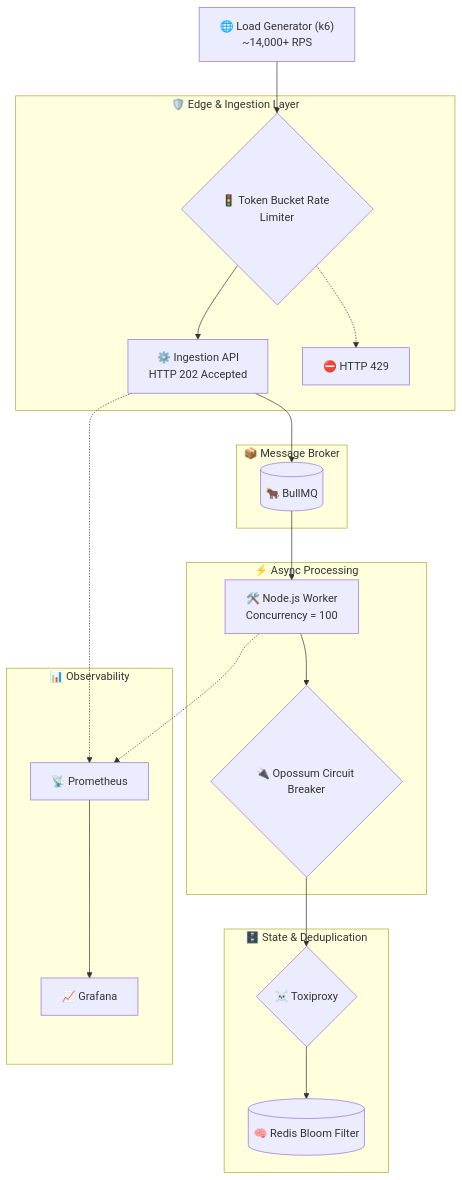
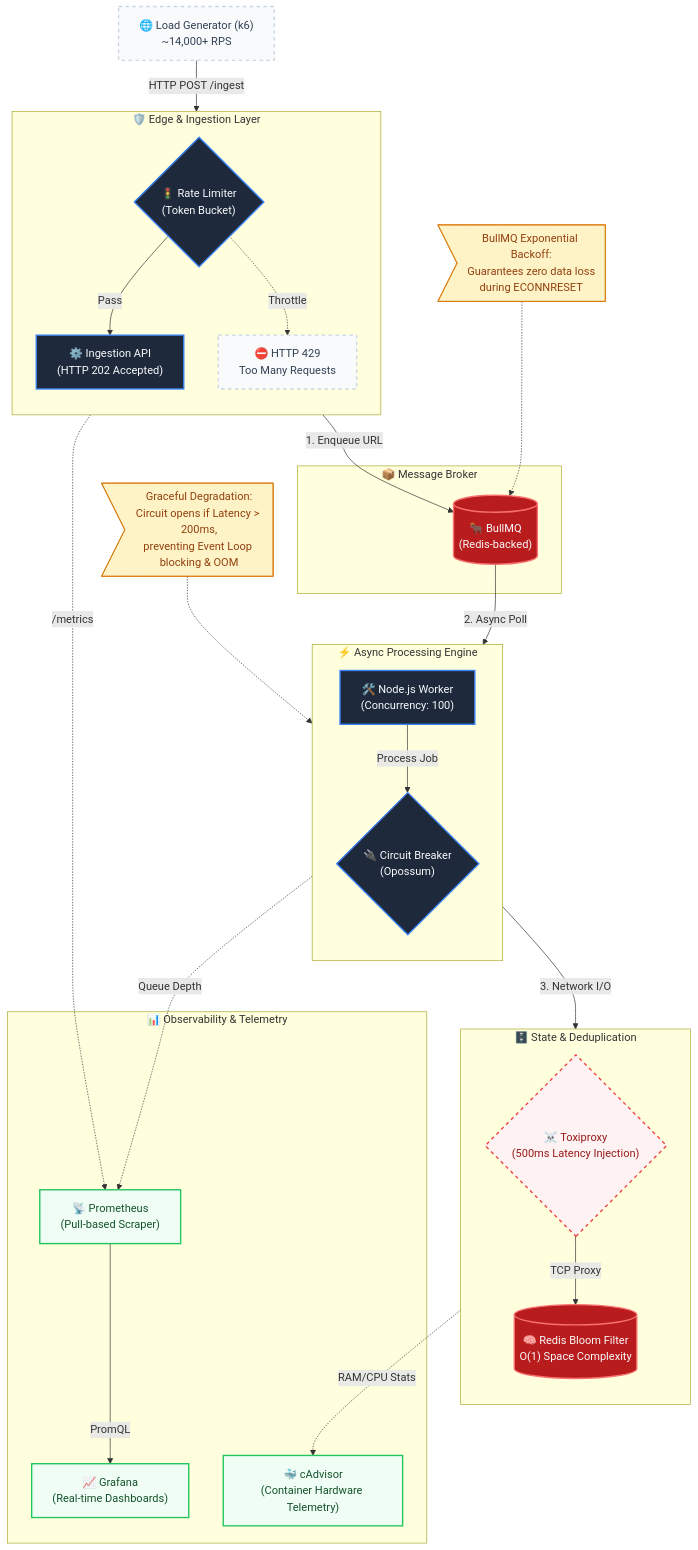
One commit to SaurabhKumar171/DevSearch-Distributed-Search-Engine changed the diagram in README.md. Above: the diagram before and after it, drawn with Mermaid. The commit also changed 1 other file, not shown here.

Commit message:
README: Updated architecture digram

````diff
--- a/README.md
+++ b/README.md
@@ -38,47 +38,74 @@
 ```mermaid
 flowchart TB
+    %% Architectural Styling & Theme
+    classDef user fill:#f8fafc,stroke:#cbd5e1,stroke-width:2px,color:#334155,stroke-dasharray: 5 5;
+    classDef compute fill:#1e293b,stroke:#3b82f6,stroke-width:2px,color:#f8fafc;
+    classDef datastore fill:#b91c1c,stroke:#f87171,stroke-width:2px,color:#f8fafc;
+    classDef chaos fill:#fef2f2,stroke:#ef4444,stroke-width:2px,color:#991b1b,stroke-dasharray: 5 5;
+    classDef telemetry fill:#f0fdf4,stroke:#22c55e,stroke-width:2px,color:#14532d;
+    classDef note fill:#fef3c7,stroke:#d97706,stroke-width:1px,color:#92400e;
 
-    Client["🌐 Load Generator (k6)<br/>~14,000+ RPS"]
+    %% 1. Client / Traffic Generation
+    Client["🌐 Load Generator (k6)<br/>~14,000+ RPS"]:::user
 
+    %% 2. Edge & Ingestion Layer
     subgraph EdgeLayer ["🛡️ Edge & Ingestion Layer"]
-        RateLimiter{"🚦 Token Bucket Rate Limiter"}
-        API["⚙️ Ingestion API<br/>HTTP 202 Accepted"]
-        Reject["⛔ HTTP 429"]
-
-        RateLimiter --> API
-        RateLimiter -.-> Reject
+        direction TB
+        RateLimiter{"🚦 Rate Limiter<br/>(Token Bucket)"}:::compute
+        API["⚙️ Ingestion API<br/>(HTTP 202 Accepted)"]:::compute
+        Reject["⛔ HTTP 429<br/>Too Many Requests"]:::user
+        
+        RateLimiter -- "Pass" --> API
+        RateLimiter -. "Throttle" .-> Reject
     end
 
+    %% 3. Asynchronous Broker
     subgraph MessageBroker ["📦 Message Broker"]
-        Queue[("🐂 BullMQ")]
+        Queue[("🐂 BullMQ<br/>(Redis-backed)")]:::datastore
     end
 
-    subgraph ComputeLayer ["⚡ Async Processing"]
-        Worker["🛠️ Node.js Worker<br/>Concurrency = 100"]
-        CircuitBreaker{"🔌 Opossum Circuit Breaker"}
-
-        Worker --> CircuitBreaker
+    %% 4. Asynchronous Processing
+    subgraph ComputeLayer ["⚡ Async Processing Engine"]
+        direction TB
+        Worker["🛠️ Node.js Worker<br/>(Concurrency: 100)"]:::compute
+        CircuitBreaker{"🔌 Circuit Breaker<br/>(Opossum)"}:::compute
+        
+        Worker -- "Process Job" --> CircuitBreaker
     end
 
+    %% 5. Data & Chaos Testing
     subgraph StorageLayer ["🗄️ State & Deduplication"]
-        Toxiproxy{"☠️ Toxiproxy"}
-        BloomFilter[("🧠 Redis Bloom Filter")]
-
-        Toxiproxy --> BloomFilter
+        direction TB
+        Toxiproxy{"☠️ Toxiproxy<br/>(500ms Latency Injection)"}:::chaos
+        BloomFilter[("🧠 Redis Bloom Filter<br/>O(1) Space Complexity")]:::datastore
+        
+        Toxiproxy -- "TCP Proxy" --> BloomFilter
     end
 
-    subgraph Observability ["📊 Observability"]
-        Prometheus["📡 Prometheus"]
-        Grafana["📈 Grafana"]
-
-        Prometheus --> Grafana
+    %% 6. Observability
+    subgraph ObservabilityLayer ["📊 Observability & Telemetry"]
+        Prometheus["📡 Prometheus<br/>(Pull-based Scraper)"]:::telemetry
+        Grafana["📈 Grafana<br/>(Real-time Dashboards)"]:::telemetry
+        cAdvisor["🐳 cAdvisor<br/>(Container Hardware Telemetry)"]:::telemetry
+        
+        Prometheus -- "PromQL" --> Grafana
     end
 
-    Client --> RateLimiter
-    API --> Queue
-    Queue --> Worker
-    CircuitBreaker --> Toxiproxy
+    %% Traffic Routing
+    Client -- "HTTP POST /ingest" --> RateLimiter
+    API -- "1. Enqueue URL" --> Queue
+    Queue -- "2. Async Poll" --> Worker
+    CircuitBreaker -- "3. Network I/O" --> Toxiproxy
 
-    API -.-> Prometheus
-    Worker -.-> Prometheus
+    %% Telemetry Routing
+    API -. "/metrics" .-> Prometheus
+    Worker -. "Queue Depth" .-> Prometheus
+    StorageLayer -. "RAM/CPU Stats" .-> cAdvisor
+
+    %% Resilience Annotations (FAANG Flex)
+    Note1>BullMQ Exponential Backoff:<br/>Guarantees zero data loss<br/>during ECONNRESET]:::note
+    Note2>Graceful Degradation:<br/>Circuit opens if Latency > 200ms,<br/>preventing Event Loop blocking & OOM]:::note
+
+    Note1 -.-> Queue
+    Note2 -.-> CircuitBreaker
 ```
````
